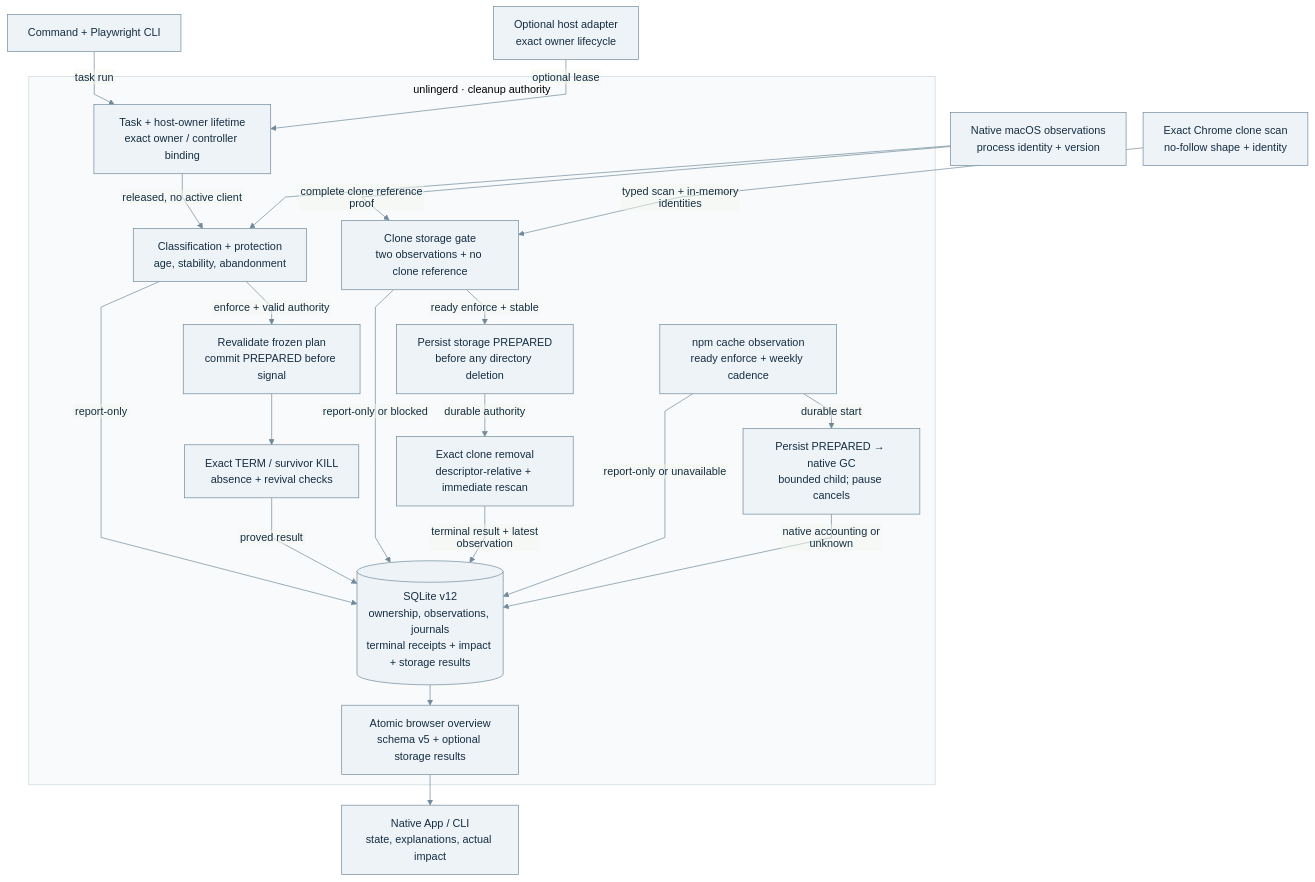
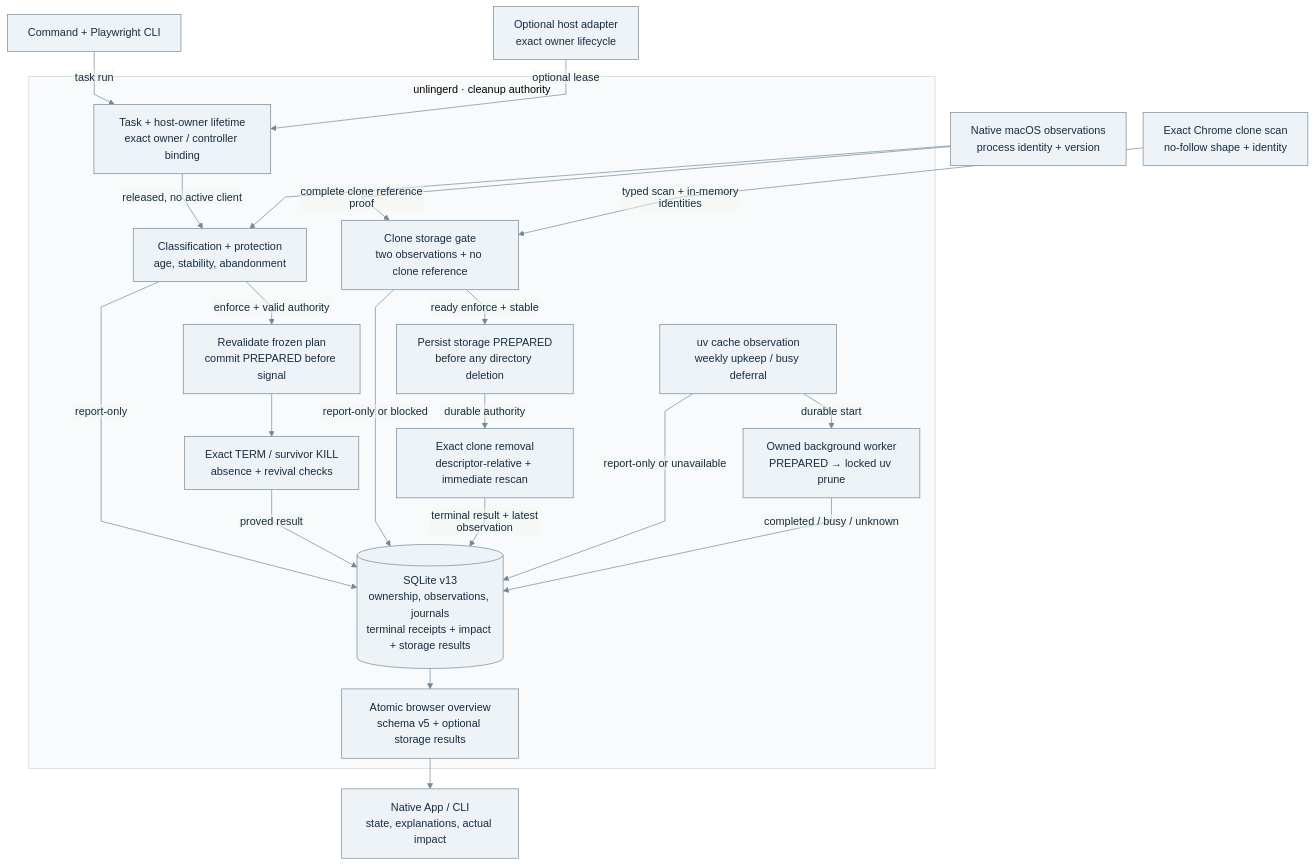
Before and after one commit to IndelibleVivi/unlinger: the diagram in docs/architecture.mmd, drawn with Mermaid. The commit also changed 42 other files, not shown here.

Commit message:
replace npm cache upkeep with supervised native uv prune

```diff
--- a/docs/architecture.mmd
+++ b/docs/architecture.mmd
@@ -1,39 +1,39 @@
 %% Current source execution map; bilingual evidence map in ARCHITECTURE.md.
 %%{init: {"theme": "base", "fontFamily": "Arial, sans-serif", "themeVariables": {"fontFamily": "Arial, sans-serif", "fontSize": "16px", "primaryColor": "#eef3f7", "primaryTextColor": "#152d42", "primaryBorderColor": "#71899a", "lineColor": "#71899a", "clusterBkg": "#f8fafb", "clusterBorder": "#ccd7df"}, "flowchart": {"htmlLabels": false, "curve": "linear", "nodeSpacing": 25, "rankSpacing": 30, "subGraphTitleMargin": {"top": 8, "bottom": 18}}}}%%
 flowchart TB
   command["Command + Playwright CLI"]
   host["Optional host adapter<br/>exact owner lifecycle"]
   native["Native macOS observations<br/>process identity + version"]
   residue["Exact Chrome clone scan<br/>no-follow shape + identity"]
   subgraph daemon["unlingerd · cleanup authority"]
     lifetime["Task + host-owner lifetime<br/>exact owner / controller binding"]
     gates["Classification + protection<br/>age, stability, abandonment"]
     plan["Revalidate frozen plan<br/>commit PREPARED before signal"]
     proof["Exact TERM / survivor KILL<br/>absence + revival checks"]
     residue_gate["Clone storage gate<br/>two observations + no clone reference"]
     residue_prepare["Persist storage PREPARED<br/>before any directory deletion"]
     residue_delete["Exact clone removal<br/>descriptor-relative + immediate rescan"]
-    cache_gate["npm cache observation<br/>ready enforce + weekly cadence"]
-    cache_gc["Persist PREPARED → native GC<br/>bounded child; pause cancels"]
-    store[("SQLite v12<br/>ownership, observations, journals<br/>terminal receipts + impact + storage results")]
+    cache_gate["uv cache observation<br/>weekly upkeep / busy deferral"]
+    cache_gc["Owned background worker<br/>PREPARED → locked uv prune"]
+    store[("SQLite v13<br/>ownership, observations, journals<br/>terminal receipts + impact + storage results")]
     overview["Atomic browser overview<br/>schema v5 + optional storage results"]
     lifetime -->|released, no active client| gates
     gates -->|report-only| store
     gates -->|enforce + valid authority| plan
     plan --> proof
     proof -->|proved result| store
     residue_gate -->|report-only or blocked| store
     residue_gate -->|ready enforce + stable| residue_prepare
     residue_prepare -->|durable authority| residue_delete
     residue_delete -->|terminal result + latest observation| store
     cache_gate -->|report-only or unavailable| store
     cache_gate -->|durable start| cache_gc
-    cache_gc -->|native accounting or unknown| store
+    cache_gc -->|completed / busy / unknown| store
     store --> overview
   end
   command -->|task run| lifetime
   host -->|optional lease| lifetime
   native --> gates
   native -->|complete clone reference proof| residue_gate
   residue -->|typed scan + in-memory identities| residue_gate
   overview --> app["Native App / CLI<br/>state, explanations, actual impact"]
```
